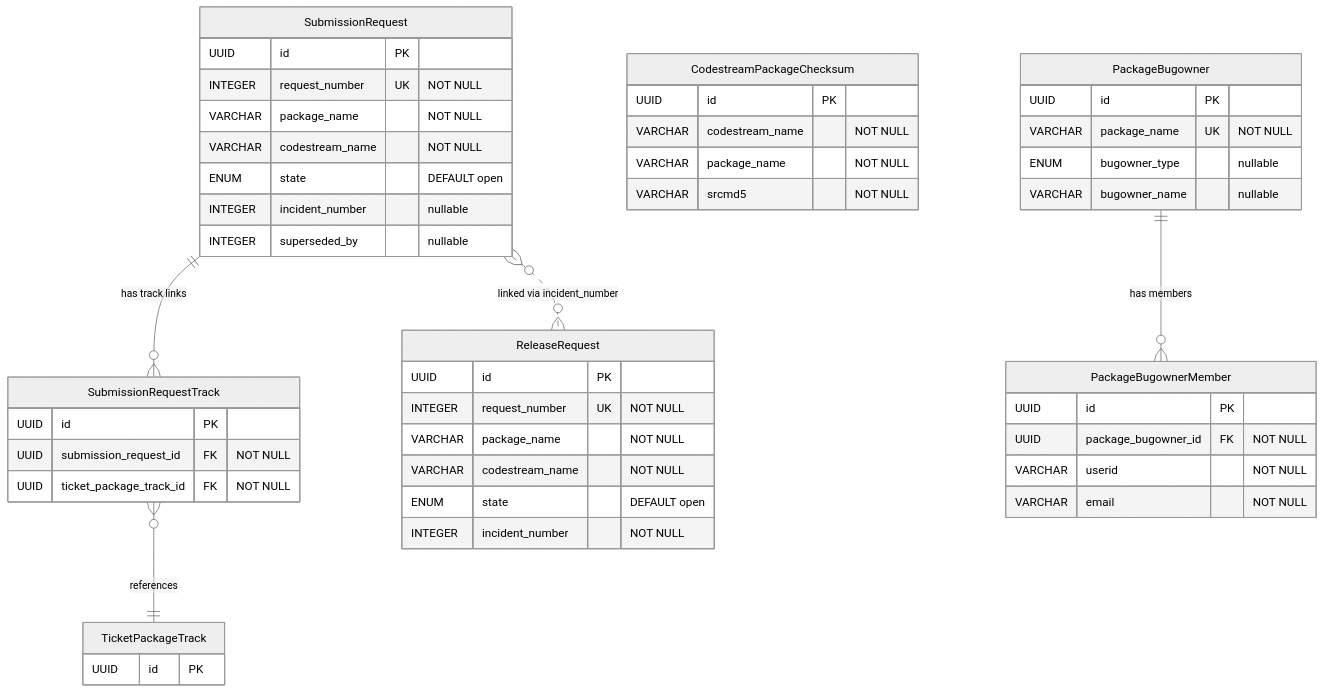
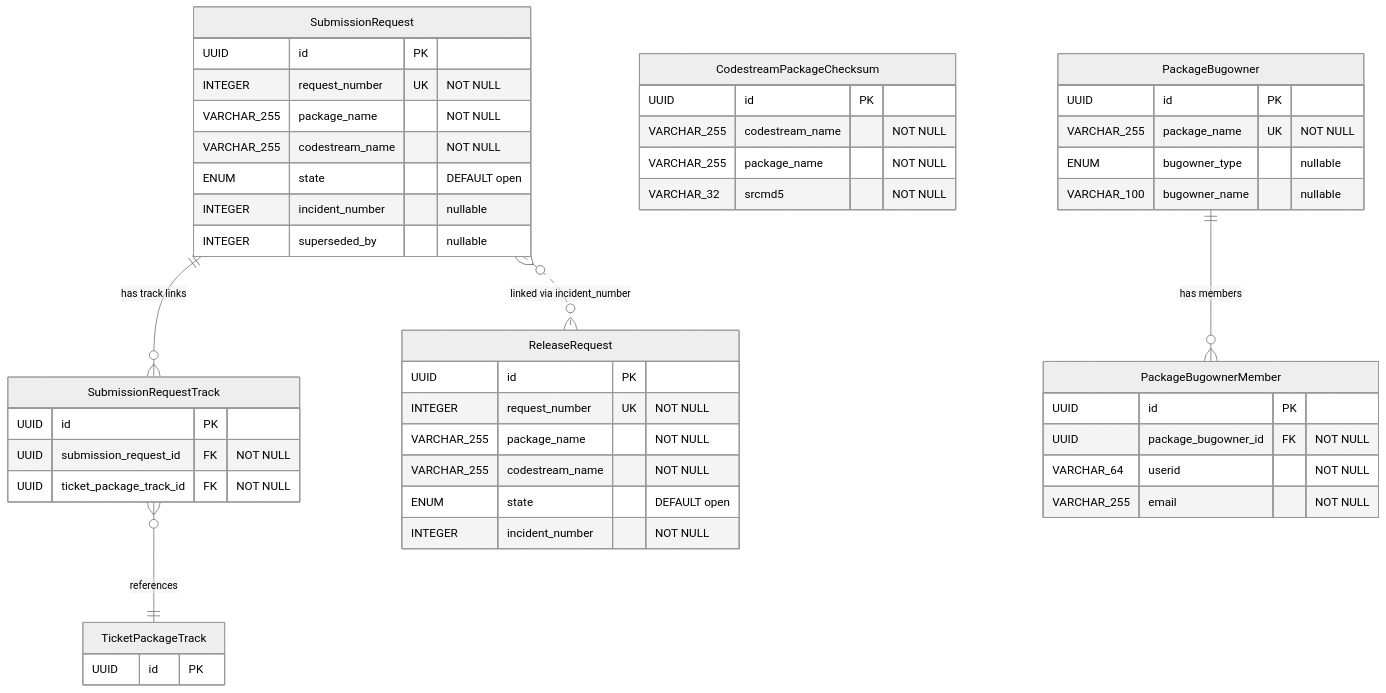
Before and after one commit to StayPirate/STAMP: the sixth of 6 diagrams in docs/data-model.md, drawn with Mermaid (neutral theme). The commit also changed other lines of this file and 10 other files, not shown here.

````diff
--- a/docs/data-model.md
+++ b/docs/data-model.md
@@ -301,51 +303,51 @@
 ```mermaid
 erDiagram
     SubmissionRequest {
         UUID id PK
         INTEGER request_number UK "NOT NULL"
-        VARCHAR package_name "NOT NULL"
-        VARCHAR codestream_name "NOT NULL"
+        VARCHAR_255 package_name "NOT NULL"
+        VARCHAR_255 codestream_name "NOT NULL"
         ENUM state "DEFAULT open"
         INTEGER incident_number "nullable"
         INTEGER superseded_by "nullable"
     }
     SubmissionRequestTrack {
         UUID id PK
         UUID submission_request_id FK "NOT NULL"
         UUID ticket_package_track_id FK "NOT NULL"
     }
     ReleaseRequest {
         UUID id PK
         INTEGER request_number UK "NOT NULL"
-        VARCHAR package_name "NOT NULL"
-        VARCHAR codestream_name "NOT NULL"
+        VARCHAR_255 package_name "NOT NULL"
+        VARCHAR_255 codestream_name "NOT NULL"
         ENUM state "DEFAULT open"
         INTEGER incident_number "NOT NULL"
     }
     CodestreamPackageChecksum {
         UUID id PK
-        VARCHAR codestream_name "NOT NULL"
-        VARCHAR package_name "NOT NULL"
-        VARCHAR srcmd5 "NOT NULL"
+        VARCHAR_255 codestream_name "NOT NULL"
+        VARCHAR_255 package_name "NOT NULL"
+        VARCHAR_32 srcmd5 "NOT NULL"
     }
     PackageBugowner {
         UUID id PK
-        VARCHAR package_name UK "NOT NULL"
+        VARCHAR_255 package_name UK "NOT NULL"
         ENUM bugowner_type "nullable"
-        VARCHAR bugowner_name "nullable"
+        VARCHAR_100 bugowner_name "nullable"
     }
     PackageBugownerMember {
         UUID id PK
         UUID package_bugowner_id FK "NOT NULL"
-        VARCHAR userid "NOT NULL"
-        VARCHAR email "NOT NULL"
+        VARCHAR_64 userid "NOT NULL"
+        VARCHAR_255 email "NOT NULL"
     }
     TicketPackageTrack {
         UUID id PK
     }
 
     SubmissionRequest ||--o{ SubmissionRequestTrack : "has track links"
     SubmissionRequestTrack }o--|| TicketPackageTrack : "references"
     SubmissionRequest }o..o{ ReleaseRequest : "linked via incident_number"
     PackageBugowner ||--o{ PackageBugownerMember : "has members"
 ```
````
